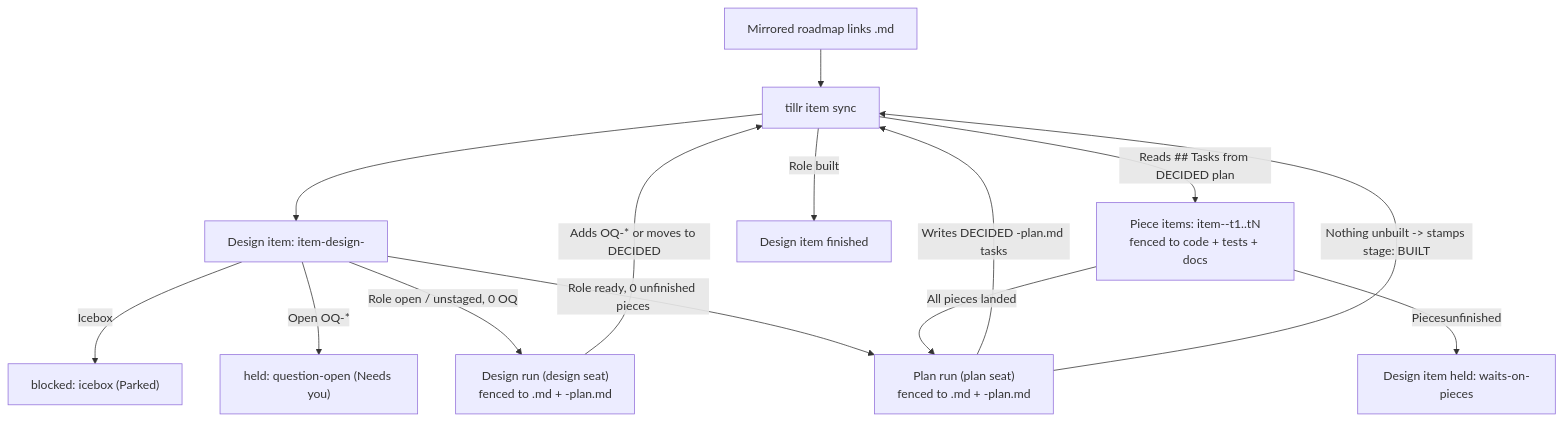
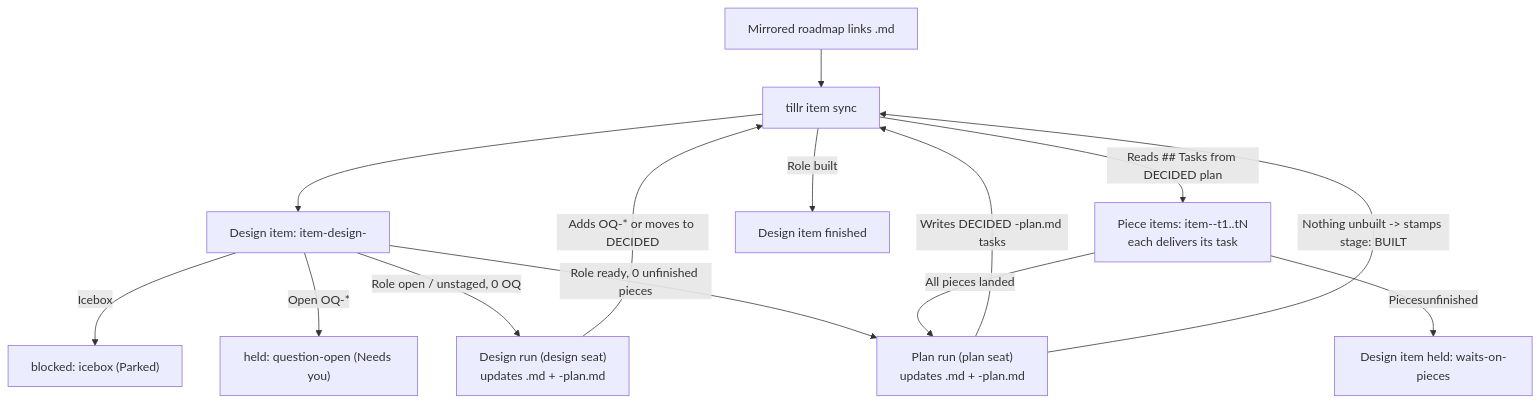
The diagram in docs/design/tillr-queue-mirrors-designs.md (mschulkind-oss/tillr), drawn with Mermaid before and after one commit. The commit also changed other lines of this file and 5 other files, not shown here.

````diff
--- a/docs/design/tillr-queue-mirrors-designs.md
+++ b/docs/design/tillr-queue-mirrors-designs.md
@@ -159,16 +159,16 @@
 ```mermaid
 flowchart TD
     R["Mirrored roadmap links <topic>.md"] --> S["tillr item sync"]
     S --> DI["Design item: item-design-<slug>"]
     DI -->|"Icebox"| P["blocked: icebox (Parked)"]
     DI -->|"Open OQ-*"| Q["held: question-open (Needs you)"]
-    DI -->|"Role open / unstaged, 0 OQ"| DR["Design run (design seat)<br/>fenced to <topic>.md + <topic>-plan.md"]
+    DI -->|"Role open / unstaged, 0 OQ"| DR["Design run (design seat)<br/>updates <topic>.md + <topic>-plan.md"]
     DR -->|"Adds OQ-* or moves to DECIDED"| S
-    DI -->|"Role ready, 0 unfinished pieces"| PR["Plan run (plan seat)<br/>fenced to <topic>.md + <topic>-plan.md"]
+    DI -->|"Role ready, 0 unfinished pieces"| PR["Plan run (plan seat)<br/>updates <topic>.md + <topic>-plan.md"]
     PR -->|"Writes DECIDED <topic>-plan.md tasks"| S
-    S -->|"Reads ## Tasks from DECIDED plan"| PC["Piece items: item-<plan-slug>-t1..tN<br/>fenced to code + tests + docs"]
+    S -->|"Reads ## Tasks from DECIDED plan"| PC["Piece items: item-<plan-slug>-t1..tN<br/>each delivers its task"]
     PC -->|"Piecesunfinished"| W["Design item held: waits-on-pieces"]
     PC -->|"All pieces landed"| PR
     PR -->|"Nothing unbuilt -> stamps stage: BUILT"| S
     S -->|"Role built"| F["Design item finished"]
 ```
````
